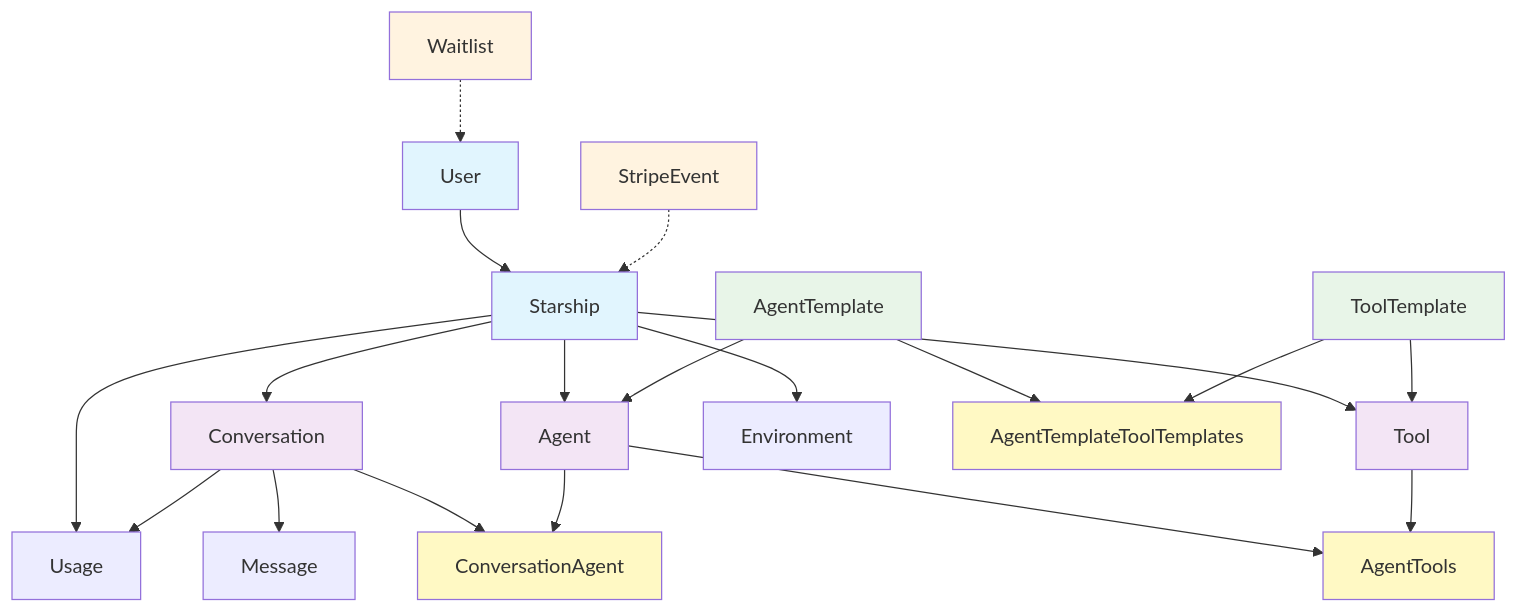
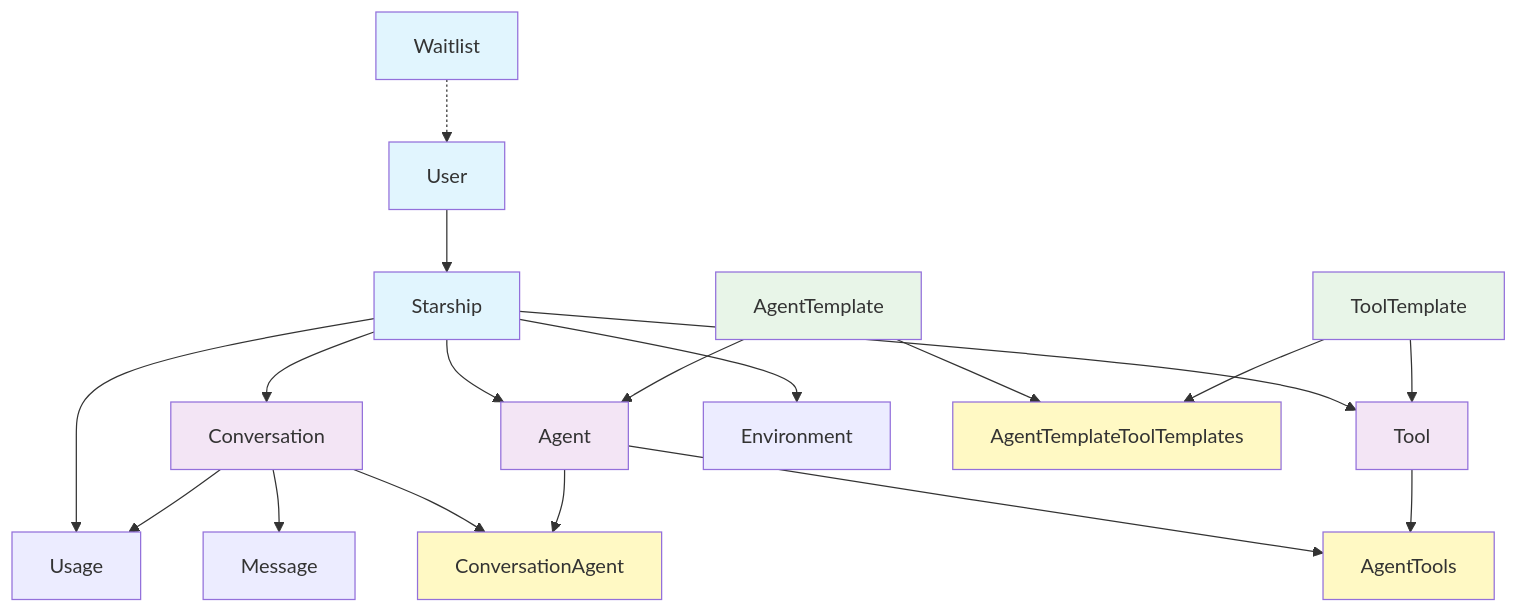
One commit to theingenuityco/starships.ai changed the second of 2 diagrams in docs/er-diagram.md. Above: the diagram before and after it, drawn with Mermaid. The commit also changed other lines of this file and 54 other files, not shown here.

First line of the commit message:
feat: Remove old payment integration (#287)

````diff
--- a/docs/er-diagram.md
+++ b/docs/er-diagram.md
@@ -224,45 +211,43 @@
 ```mermaid
 graph TD
     %% Core Entities
     U[User] --> S[Starship]
     S --> A[Agent]
     S --> T[Tool]
     S --> C[Conversation]
     S --> E[Environment]
 
     %% Template System
     AT[AgentTemplate] --> A
     TT[ToolTemplate] --> T
 
     %% Conversation System
     C --> M[Message]
     C --> CA[ConversationAgent]
     A --> CA
 
     %% Usage Tracking
     S --> US[Usage]
     C --> US
 
     %% Junction Tables
     A --> AGT[AgentTools]
     T --> AGT
     AT --> ATTT[AgentTemplateToolTemplates]
     TT --> ATTT
 
-    %% Payment Integration
-    SE[StripeEvent] -.-> S
+    %% Waitlist System
     WL[Waitlist] -.-> U
 
     %% Styling
     classDef primary fill:#e1f5fe
     classDef secondary fill:#f3e5f5
     classDef system fill:#e8f5e8
     classDef junction fill:#fff9c4
-    classDef integration fill:#fff3e0
 
     class U,S primary
     class A,T,C secondary
     class AT,TT system
     class AGT,ATTT,CA junction
-    class SE,WL integration
+    class WL primary
 ```
````
